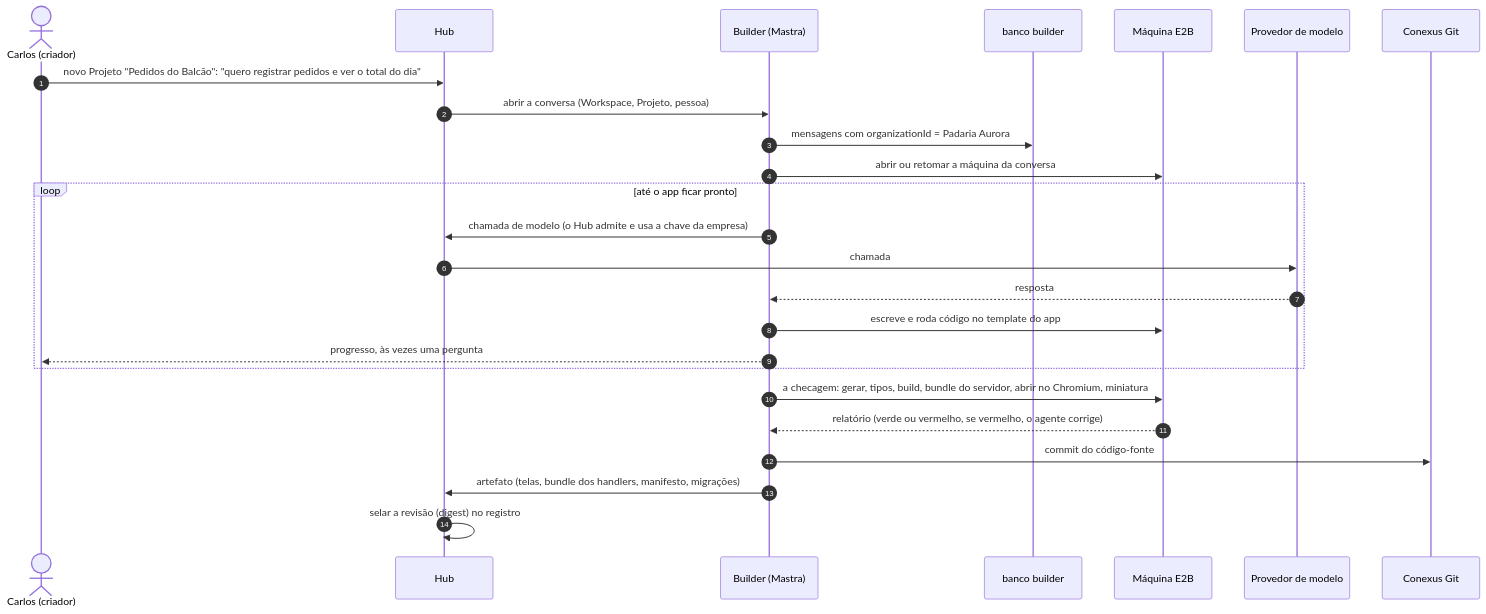
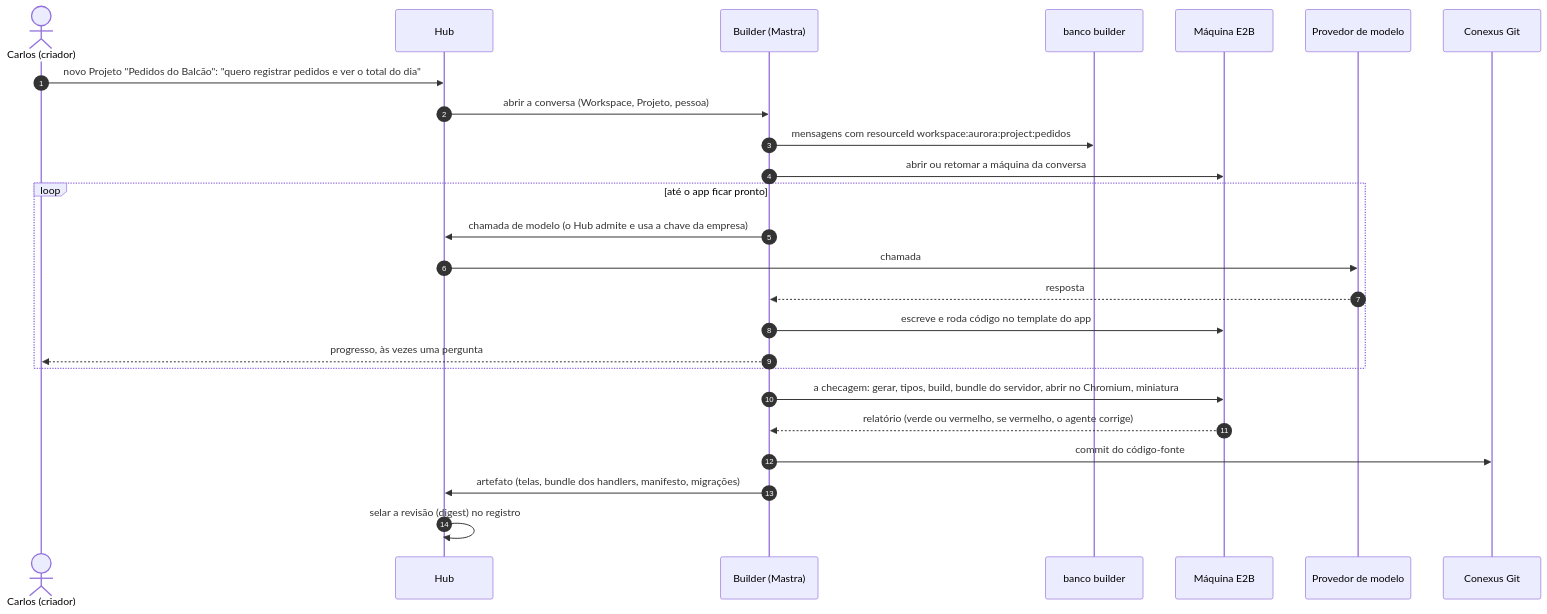
Before and after one commit to developmentconexus-ops/conexus-os: the fifth of 8 diagrams in docs/research/architecture/target-design.md, drawn with Mermaid. The commit also changed other lines of this file and 8 other files, not shown here.

````diff
--- a/docs/research/architecture/target-design.md
+++ b/docs/research/architecture/target-design.md
@@ -309,27 +309,27 @@
 ```mermaid
 sequenceDiagram
   autonumber
   actor Carlos as Carlos (criador)
   participant Hub as Hub
   participant B as Builder (Mastra)
   participant BDB as banco builder
   participant E2B as Máquina E2B
   participant M as Provedor de modelo
   participant Git as Conexus Git
   Carlos->>Hub: novo Projeto "Pedidos do Balcão": "quero registrar pedidos e ver o total do dia"
   Hub->>B: abrir a conversa (Workspace, Projeto, pessoa)
-  B->>BDB: mensagens com organizationId = Padaria Aurora
+  B->>BDB: mensagens com resourceId workspace:aurora:project:pedidos
   B->>E2B: abrir ou retomar a máquina da conversa
   loop até o app ficar pronto
     B->>Hub: chamada de modelo (o Hub admite e usa a chave da empresa)
     Hub->>M: chamada
     M-->>B: resposta
     B->>E2B: escreve e roda código no template do app
     B-->>Carlos: progresso, às vezes uma pergunta
   end
   B->>E2B: a checagem: gerar, tipos, build, bundle do servidor, abrir no Chromium, miniatura
   E2B-->>B: relatório (verde ou vermelho, se vermelho, o agente corrige)
   B->>Git: commit do código-fonte
   B->>Hub: artefato (telas, bundle dos handlers, manifesto, migrações)
   Hub->>Hub: selar a revisão (digest) no registro
 ```
````
